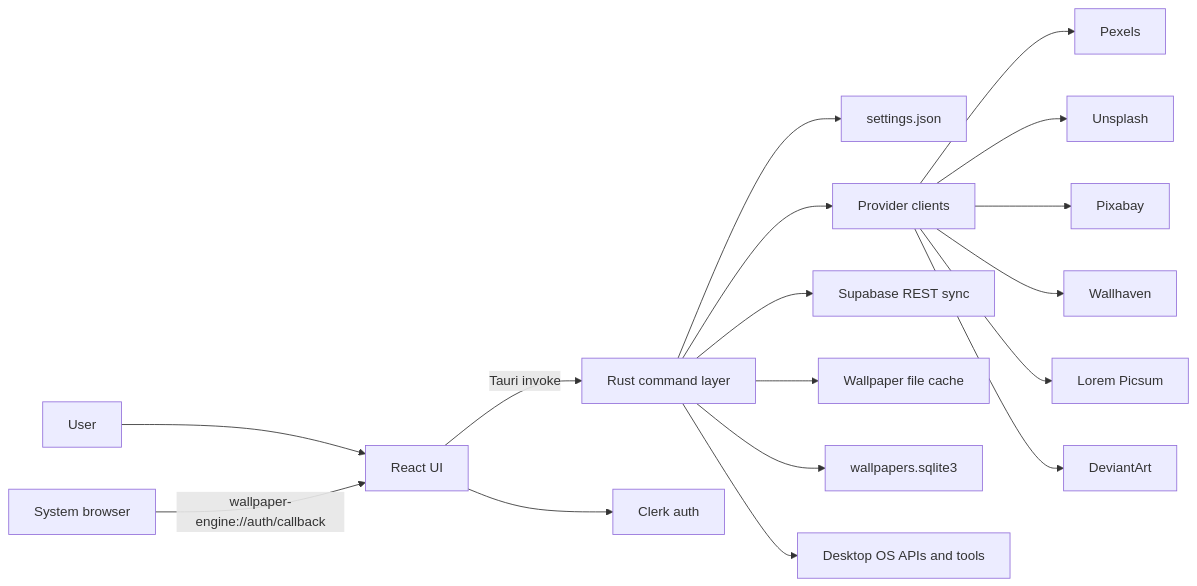
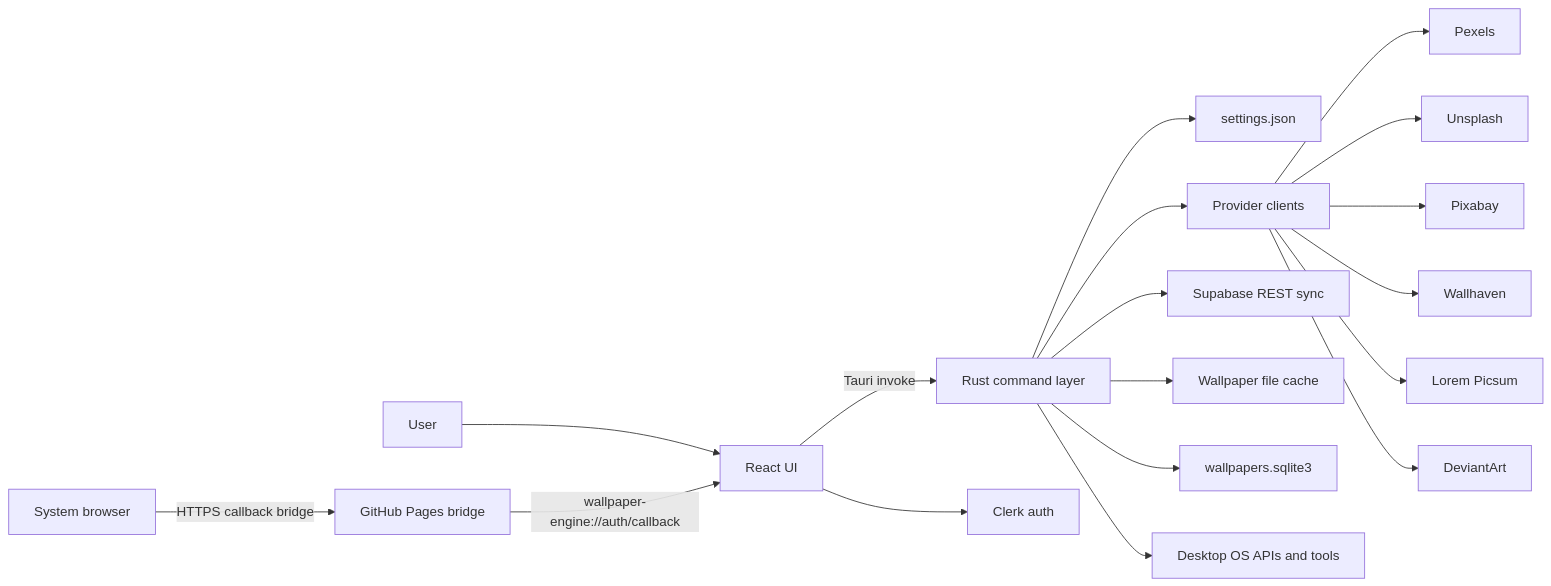
One commit to puneetdixit200/wallpaper-engine changed the first of 3 diagrams in docs/ARCHITECTURE.md. Above: the diagram before and after it, drawn with Mermaid. The commit also changed other lines of this file and 7 other files, not shown here.

Commit message:
fix: use https bridge for clerk oauth

````diff
--- a/docs/ARCHITECTURE.md
+++ b/docs/ARCHITECTURE.md
@@ -7,19 +7,20 @@
 ```mermaid
 flowchart LR
   User[User] --> React[React UI]
   React -->|Tauri invoke| Commands[Rust command layer]
   React --> Clerk[Clerk auth]
-  Browser[System browser] -->|wallpaper-engine://auth/callback| React
+  Browser[System browser] -->|HTTPS callback bridge| Bridge[GitHub Pages bridge]
+  Bridge -->|wallpaper-engine://auth/callback| React
   Commands --> Settings[settings.json]
   Commands --> API[Provider clients]
   Commands --> Supabase[Supabase REST sync]
   Commands --> Cache[Wallpaper file cache]
   Commands --> SQLite[wallpapers.sqlite3]
   Commands --> OS[Desktop OS APIs and tools]
   API --> Pexels[Pexels]
   API --> Unsplash[Unsplash]
   API --> Pixabay[Pixabay]
   API --> Wallhaven[Wallhaven]
   API --> Picsum[Lorem Picsum]
   API --> DeviantArt[DeviantArt]
 ```
````
